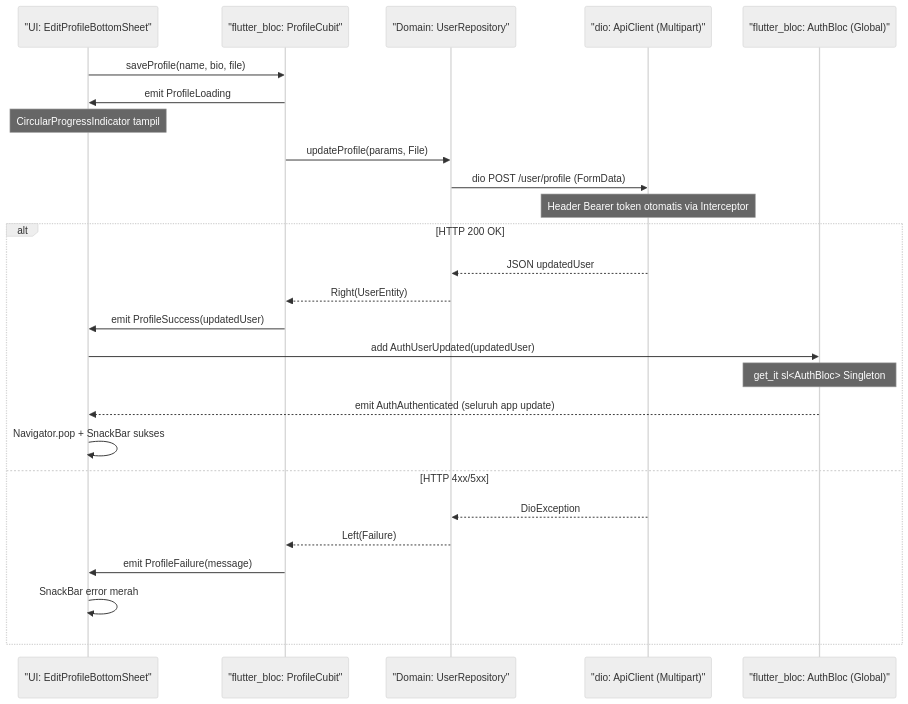
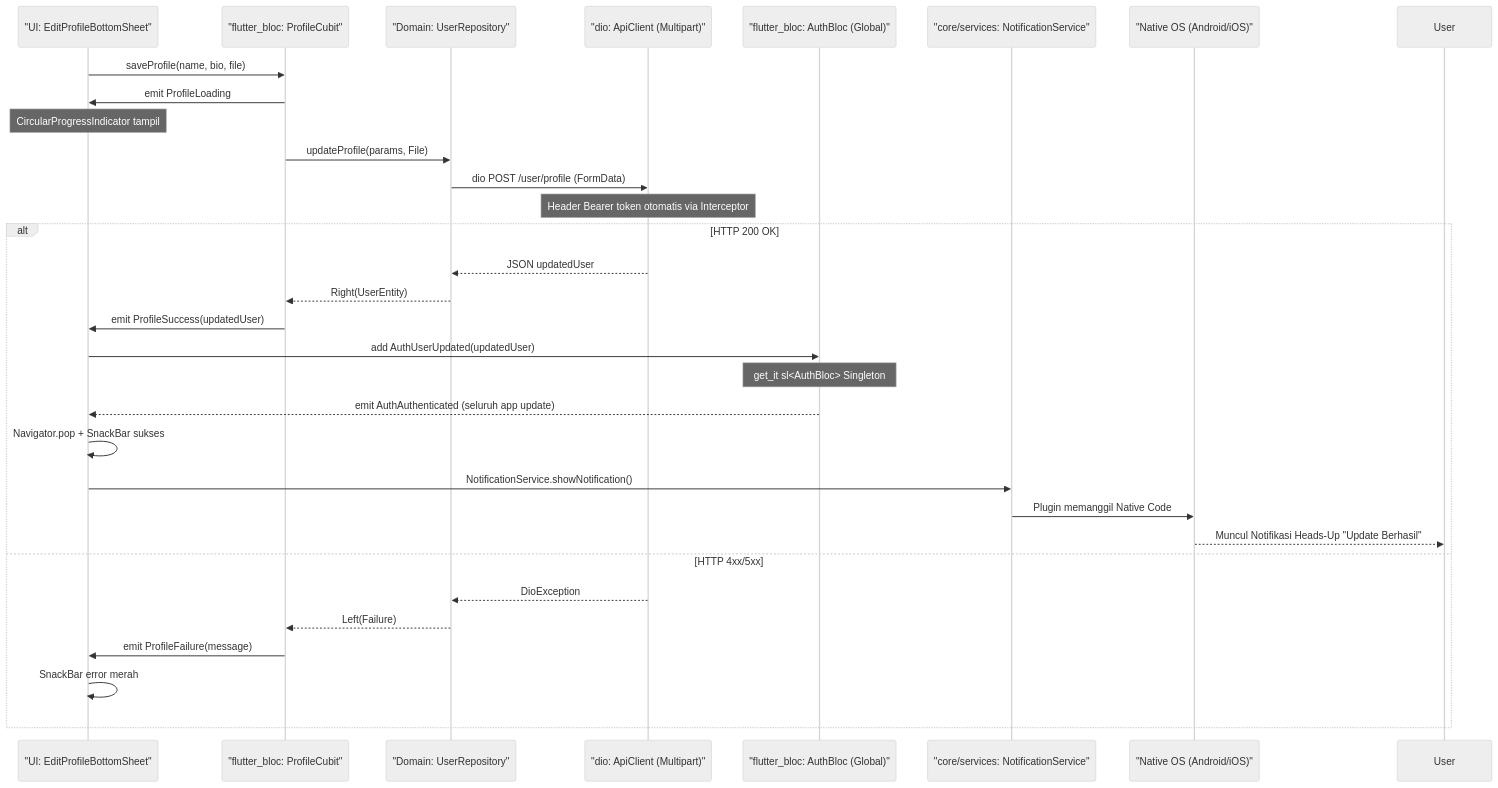
One commit to nunutech40/news-app-flutter changed the second of 5 diagrams in docs/features/update_profile.md. Above: the diagram before and after it, drawn with Mermaid (neutral theme). The commit also changed other lines of this file and 8 other files, not shown here.

````diff
--- a/docs/features/update_profile.md
+++ b/docs/features/update_profile.md
@@ -87,31 +88,36 @@
 ```mermaid
 sequenceDiagram
     participant UI as "UI: EditProfileBottomSheet"
     participant Cubit as "flutter_bloc: ProfileCubit"
     participant Repo as "Domain: UserRepository"
     participant API as "dio: ApiClient (Multipart)"
     participant Auth as "flutter_bloc: AuthBloc (Global)"
+    participant Notif as "core/services: NotificationService"
+    participant OS as "Native OS (Android/iOS)"
 
     UI->>Cubit: saveProfile(name, bio, file)
     Cubit->>UI: emit ProfileLoading
     Note over UI: CircularProgressIndicator tampil
 
     Cubit->>Repo: updateProfile(params, File)
     Repo->>API: dio POST /user/profile (FormData)
     Note over API: Header Bearer token otomatis via Interceptor
 
     alt HTTP 200 OK
         API-->>Repo: JSON updatedUser
         Repo-->>Cubit: Right(UserEntity)
         Cubit->>UI: emit ProfileSuccess(updatedUser)
         UI->>Auth: add AuthUserUpdated(updatedUser)
         Note over Auth: get_it sl<AuthBloc> Singleton
         Auth-->>UI: emit AuthAuthenticated (seluruh app update)
         UI->>UI: Navigator.pop + SnackBar sukses
+        UI->>Notif: NotificationService.showNotification()
+        Notif->>OS: Plugin memanggil Native Code
+        OS-->>User: Muncul Notifikasi Heads-Up "Update Berhasil"
     else HTTP 4xx/5xx
         API-->>Repo: DioException
         Repo-->>Cubit: Left(Failure)
         Cubit->>UI: emit ProfileFailure(message)
         UI->>UI: SnackBar error merah
     end
 ```
````
